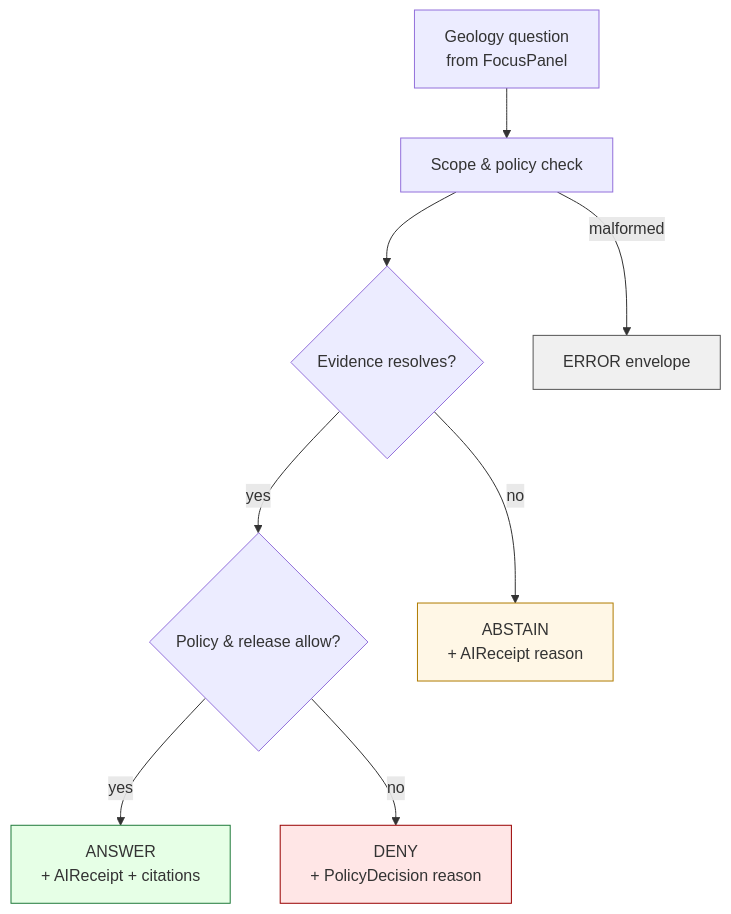
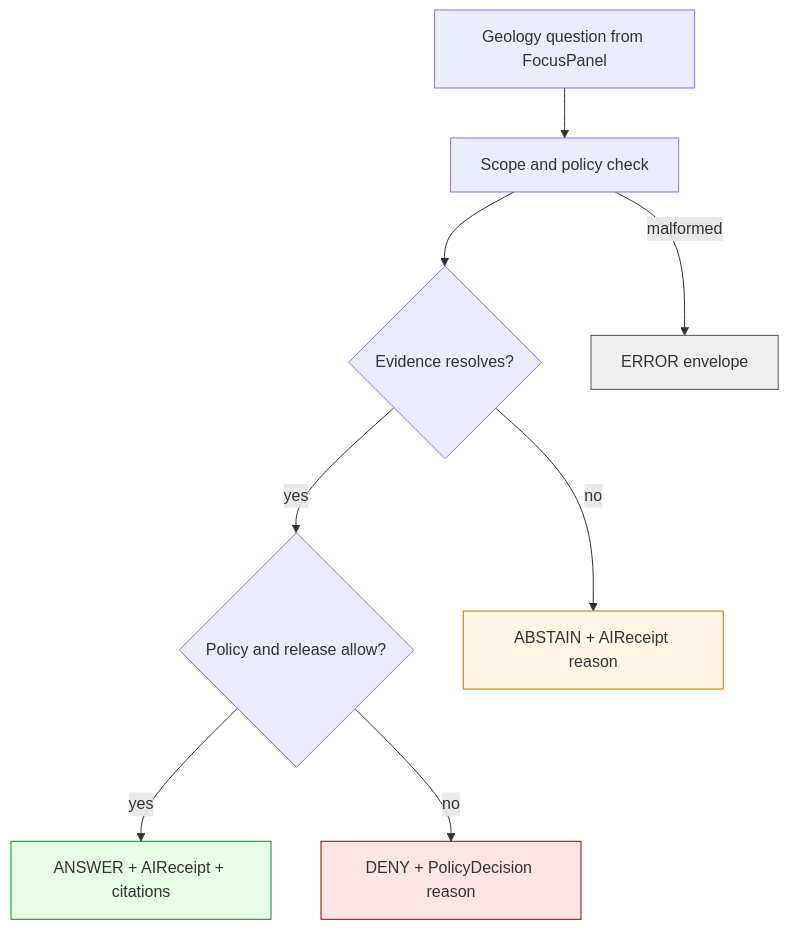
One commit to bartytime4life/Kansas-Frontier-Matrix changed the second of 2 diagrams in docs/domains/geology/MAP_UI_CONTRACTS.md. Above: the diagram before and after it, drawn with Mermaid. The commit also changed other lines of this file, not shown here.

````diff
--- a/docs/domains/geology/MAP_UI_CONTRACTS.md
+++ b/docs/domains/geology/MAP_UI_CONTRACTS.md
@@ -262,19 +292,19 @@
 ```mermaid
 flowchart TD
-  Q[Geology question<br/>from FocusPanel] --> SC[Scope &amp; policy check]
-  SC --> EV{Evidence resolves?}
-  EV -- yes --> POL{Policy &amp; release allow?}
-  EV -- no --> AB[ABSTAIN<br/>+ AIReceipt reason]
-  POL -- yes --> ANS[ANSWER<br/>+ AIReceipt + citations]
-  POL -- no --> DN[DENY<br/>+ PolicyDecision reason]
-  SC -- malformed --> ER[ERROR envelope]
+  Q["Geology question from FocusPanel"] --> SC["Scope and policy check"]
+  SC --> EV{"Evidence resolves?"}
+  EV -- "yes" --> POL{"Policy and release allow?"}
+  EV -- "no" --> AB["ABSTAIN + AIReceipt reason"]
+  POL -- "yes" --> ANS["ANSWER + AIReceipt + citations"]
+  POL -- "no" --> DN["DENY + PolicyDecision reason"]
+  SC -- "malformed" --> ER["ERROR envelope"]
 
   classDef ok fill:#e6ffe6,stroke:#1f7a3a
   classDef warn fill:#fff7e6,stroke:#b07b00
   classDef deny fill:#ffe6e6,stroke:#990000
   classDef err fill:#f0f0f0,stroke:#555
   class ANS ok
   class AB warn
   class DN deny
   class ER err
 ```
````
